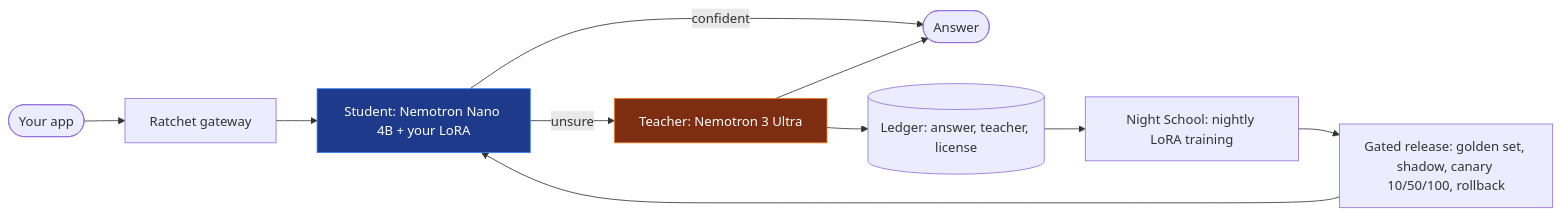
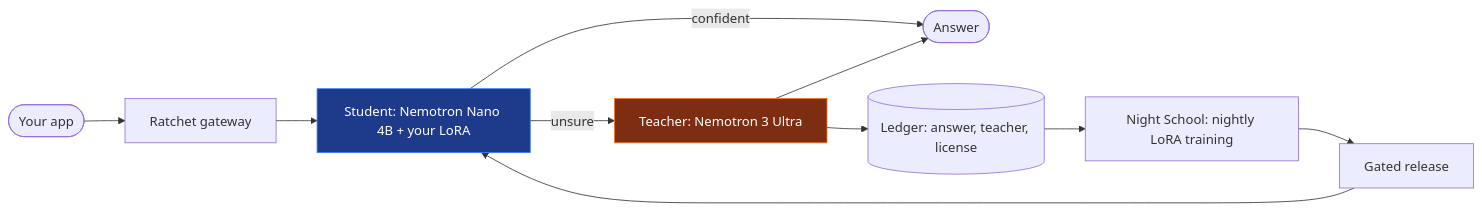
Before and after one commit to harshbhx/ratchet: the first of 2 diagrams in README.md, drawn with Mermaid. The commit also changed other lines of this file and 8 other files, not shown here.

````diff
--- a/README.md
+++ b/README.md
@@ -37,16 +93,16 @@
 ```mermaid
 flowchart LR
     app([Your app]) --> gw[Ratchet gateway]
     gw --> st["Student: Nemotron Nano 4B + your LoRA"]
     st -->|confident| out([Answer])
     st -->|unsure| te["Teacher: Nemotron 3 Ultra"]
     te --> out
     te --> led[("Ledger: answer, teacher, license")]
     led --> ns[Night School: nightly LoRA training]
-    ns --> rel["Gated release: golden set, shadow, canary 10/50/100, rollback"]
+    ns --> rel["Gated release"]
     rel --> st
     classDef owned fill:#1e3a8a,stroke:#3b82f6,color:#fff
     classDef rented fill:#7c2d12,stroke:#f97316,color:#fff
     class st owned
     class te rented
 ```
````
